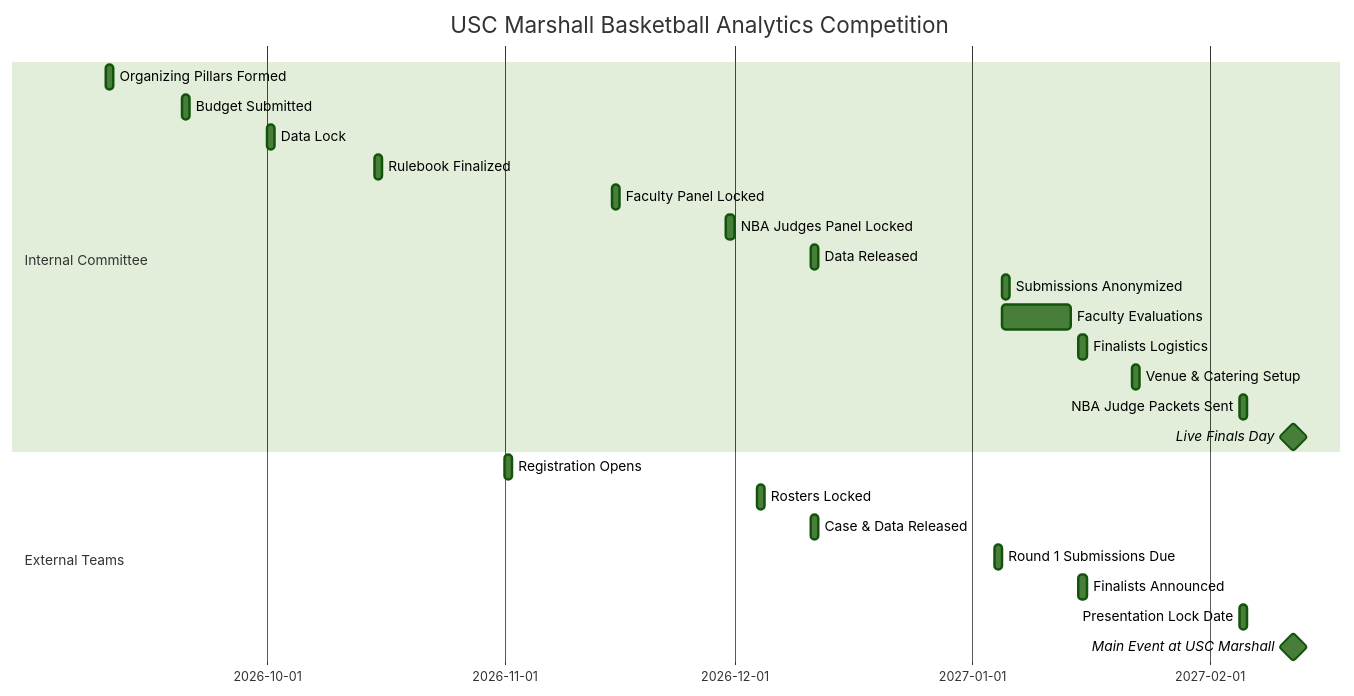
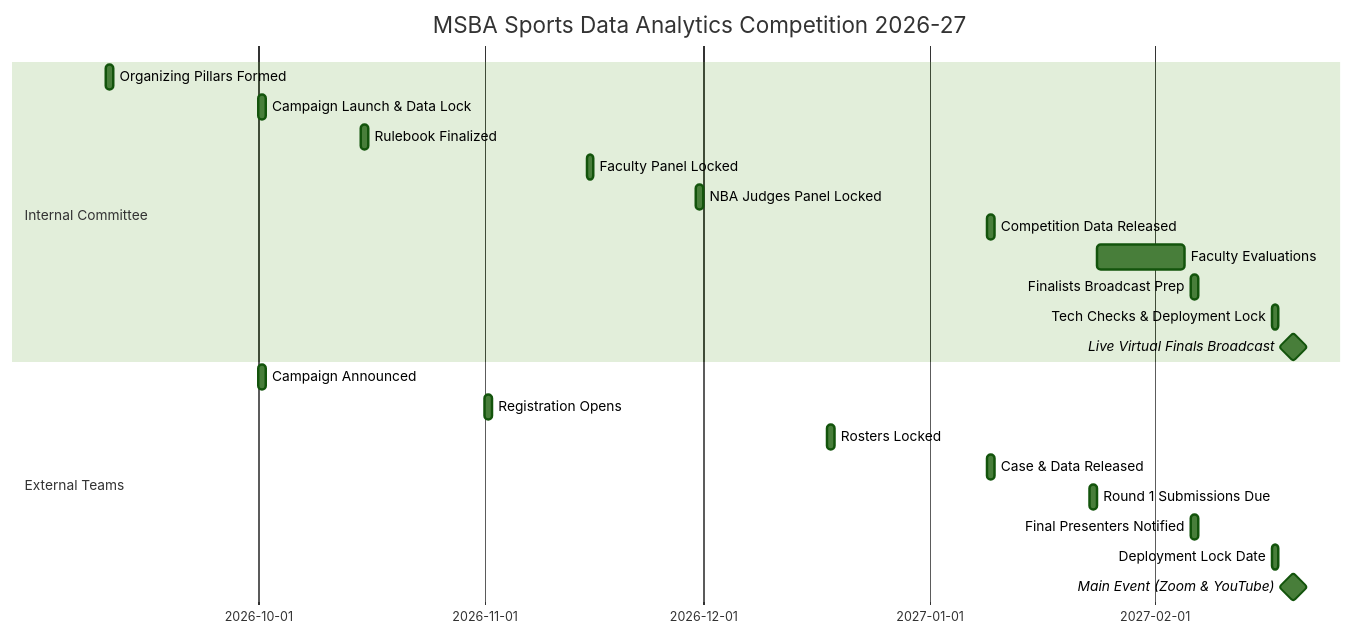
The diagram in README.md (USC-Student-Outcomes-and-Trajectories/msba-sports-data-analytics-competition), drawn with Mermaid (forest theme) before and after one commit. The commit also changed other lines of this file and 14 other files, not shown here.

Commit message:
Update competition prompt to live analytics dashboard, archive previous prompt, and sync competition materials

````diff
--- a/README.md
+++ b/README.md
@@ -103,30 +113,28 @@
 ```mermaid
 gantt
-    title USC Marshall Basketball Analytics Competition
+    title MSBA Sports Data Analytics Competition 2026-27
     dateFormat YYYY-MM-DD
     todayMarker off
     
     section Internal Committee
     Organizing Pillars Formed      : 2026-09-10, 1d
-    Budget Submitted               : 2026-09-20, 1d
-    Data Lock                      : 2026-10-01, 1d
+    Campaign Launch & Data Lock    : 2026-10-01, 1d
     Rulebook Finalized             : 2026-10-15, 1d
     Faculty Panel Locked           : 2026-11-15, 1d
     NBA Judges Panel Locked        : 2026-11-30, 1d
-    Data Released                  : 2026-12-11, 1d
-    Submissions Anonymized        : 2027-01-05, 1d
-    Faculty Evaluations            : 2027-01-05, 2027-01-14
-    Finalists Logistics            : 2027-01-15, 1d
-    Venue & Catering Setup         : 2027-01-22, 1d
-    NBA Judge Packets Sent         : 2027-02-05, 1d
-    Live Finals Day                : milestone, 2027-02-12, 0d
+    Competition Data Released      : 2027-01-09, 1d
+    Faculty Evaluations            : 2027-01-24, 2027-02-05
+    Finalists Broadcast Prep       : 2027-02-06, 1d
+    Tech Checks & Deployment Lock  : 2027-02-17, 1d
+    Live Virtual Finals Broadcast  : milestone, 2027-02-20, 0d
 
     section External Teams
+    Campaign Announced             : 2026-10-01, 1d
     Registration Opens             : 2026-11-01, 1d
-    Rosters Locked                 : 2026-12-04, 1d
-    Case & Data Released           : 2026-12-11, 1d
-    Round 1 Submissions Due        : 2027-01-04, 1d
-    Finalists Announced            : 2027-01-15, 1d
-    Presentation Lock Date         : 2027-02-05, 1d
-    Main Event at USC Marshall     : milestone, 2027-02-12, 0d
+    Rosters Locked                 : 2026-12-18, 1d
+    Case & Data Released           : 2027-01-09, 1d
+    Round 1 Submissions Due        : 2027-01-23, 1d
+    Final Presenters Notified      : 2027-02-06, 1d
+    Deployment Lock Date           : 2027-02-17, 1d
+    Main Event (Zoom & YouTube)    : milestone, 2027-02-20, 0d
 ```
````
